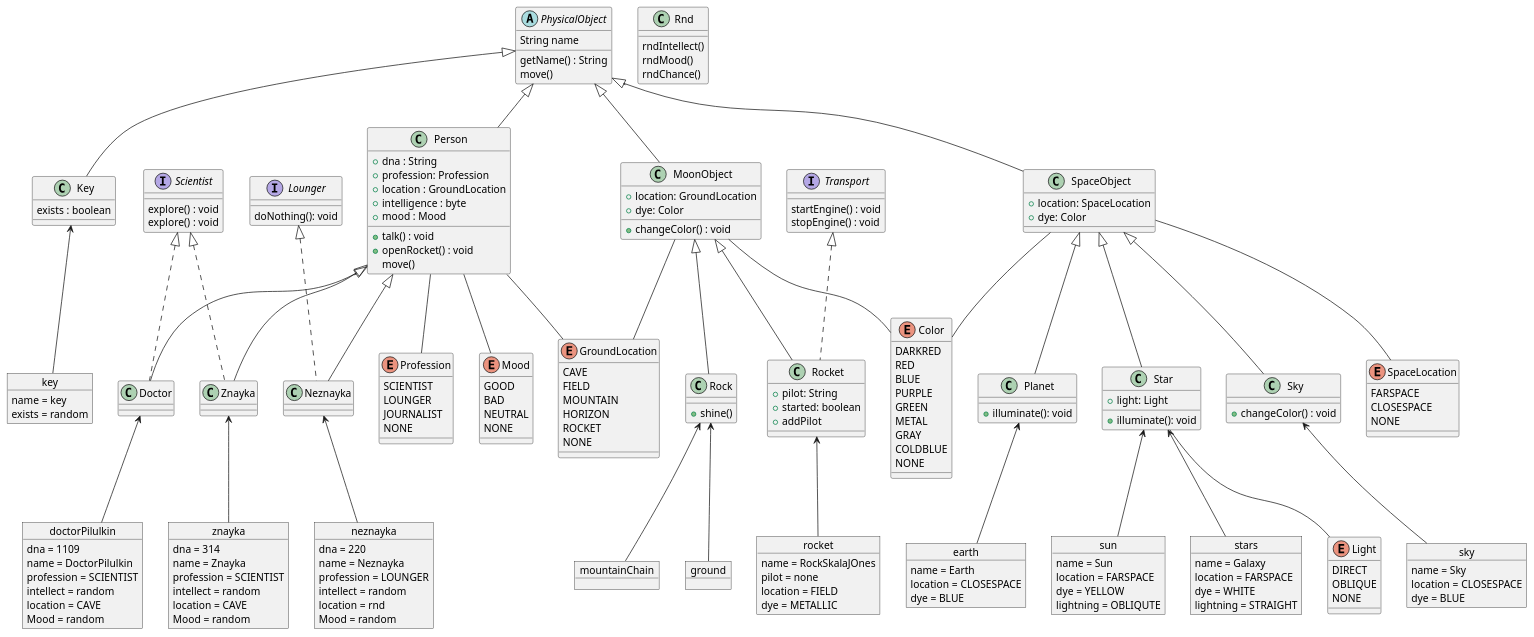
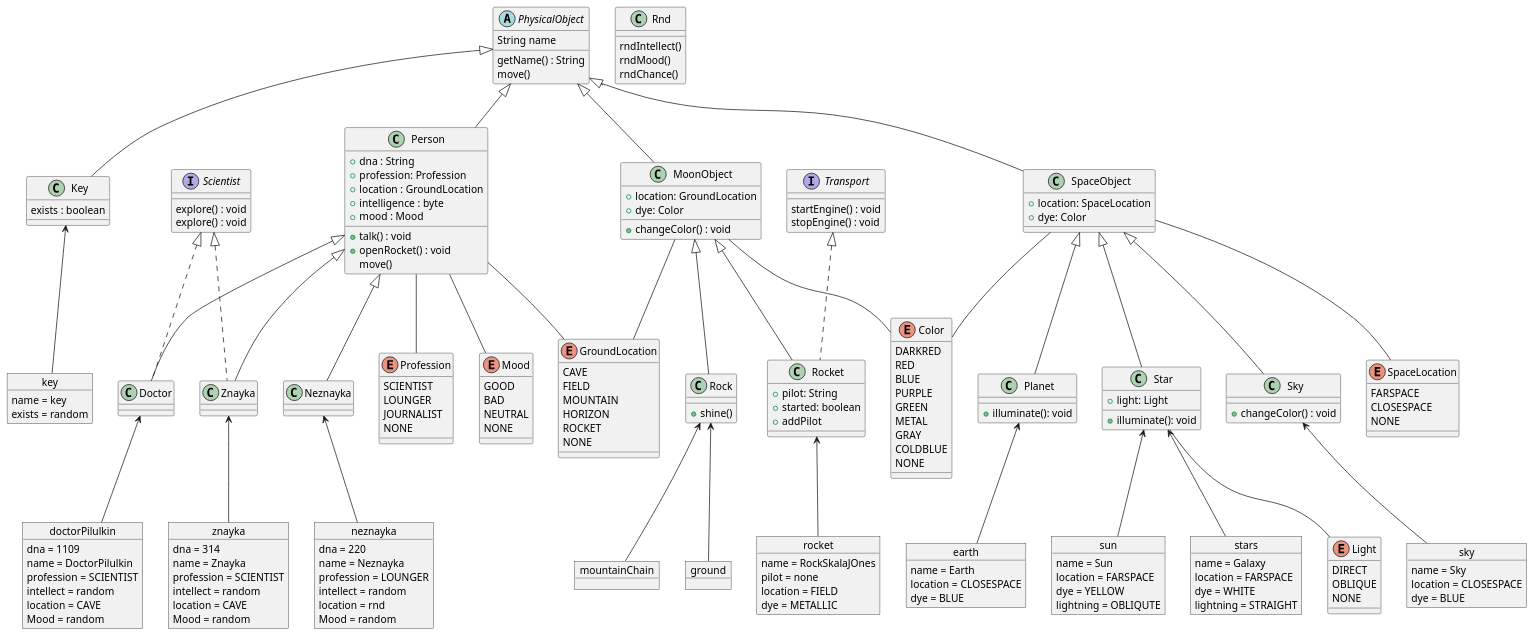
The diagram in uml.puml (tr-osfh/lab3Attempt2), drawn with PlantUML before and after one commit.

Commit message:
Перелопатил uml

```diff
--- a/uml.puml
+++ b/uml.puml
@@ -43,16 +43,12 @@
 }
 
 
-interface Lounger{
-doNothing(): void
-}
-
 class Doctor extends Person implements Scientist{
 }
 
 class Znayka extends Person implements Scientist{}
 
-class Neznayka extends Person implements Lounger{
+class Neznayka extends Person{
 
 }
 
```
